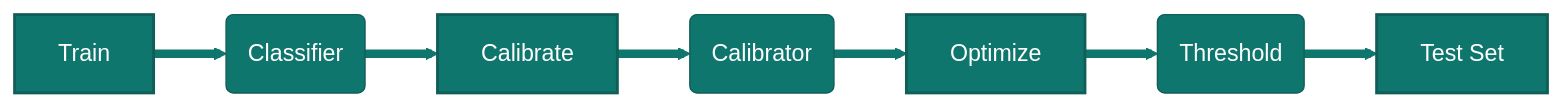
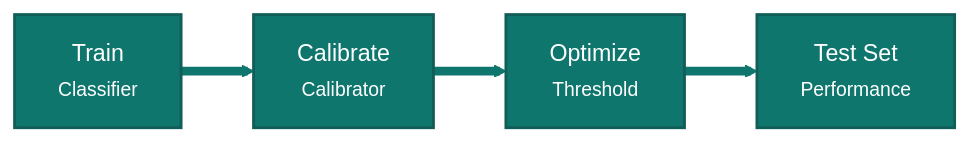
Before and after one commit to Pablo-Molla-Charlez/SecondaryModel: the third of 4 diagrams in README.md, drawn with Mermaid.

Commit message:
Improved Readme6

````diff
--- a/README.md
+++ b/README.md
@@ -88,13 +88,10 @@
 ```mermaid
 %%{init: {'theme': 'base', 'themeVariables': { 'primaryColor': '#0f766e', 'primaryBorderColor': '#115e59', 'primaryTextColor': '#ffffff', 'secondaryColor': '#f59e0b', 'tertiaryColor': '#dbeafe', 'lineColor': '#0f172a', 'background': '#ffffff'}}}%%
 flowchart LR
-    A[Train] --> B(Classifier)
-    B --> C[Calibrate]
-    C --> D(Calibrator)
-    D --> E[Optimize]
-    E --> F(Threshold)
-    F --> G[Test Set]
+    A["Train<br/><small>Classifier</small>"] --> B["Calibrate<br/><small>Calibrator</small>"]
+    B --> C["Optimize<br/><small>Threshold</small>"]
+    C --> D["Test Set<br/><small>Performance</small>"]
     classDef split fill:#0f766e,stroke:#115e59,color:#ffffff,stroke-width:2px;
-    class A,C,E,G split;
+    class A,B,C,D split;
     linkStyle default stroke:#0f766e,stroke-width:6px;
 ```
````
